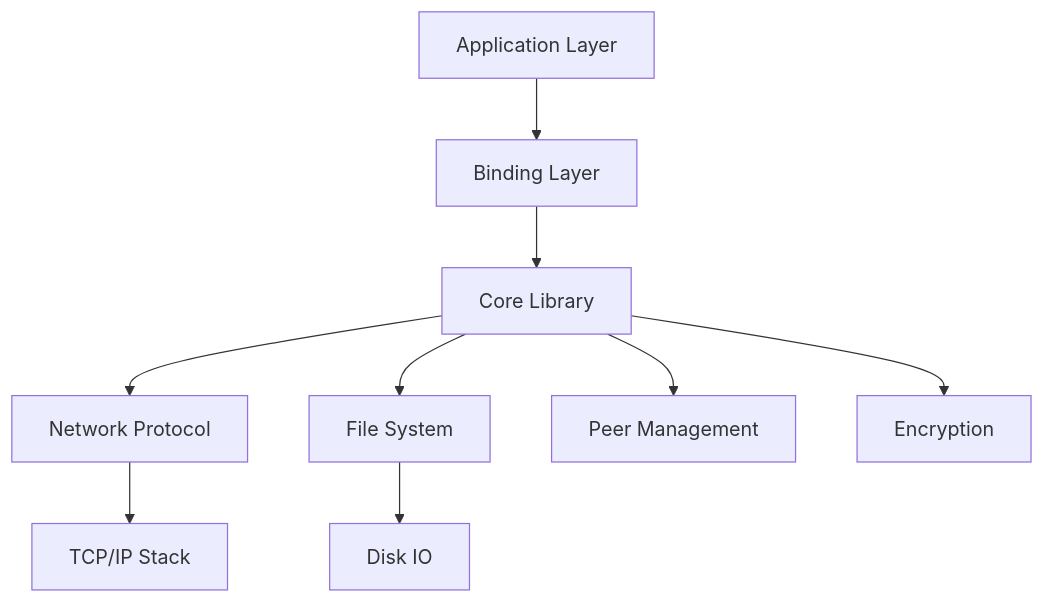
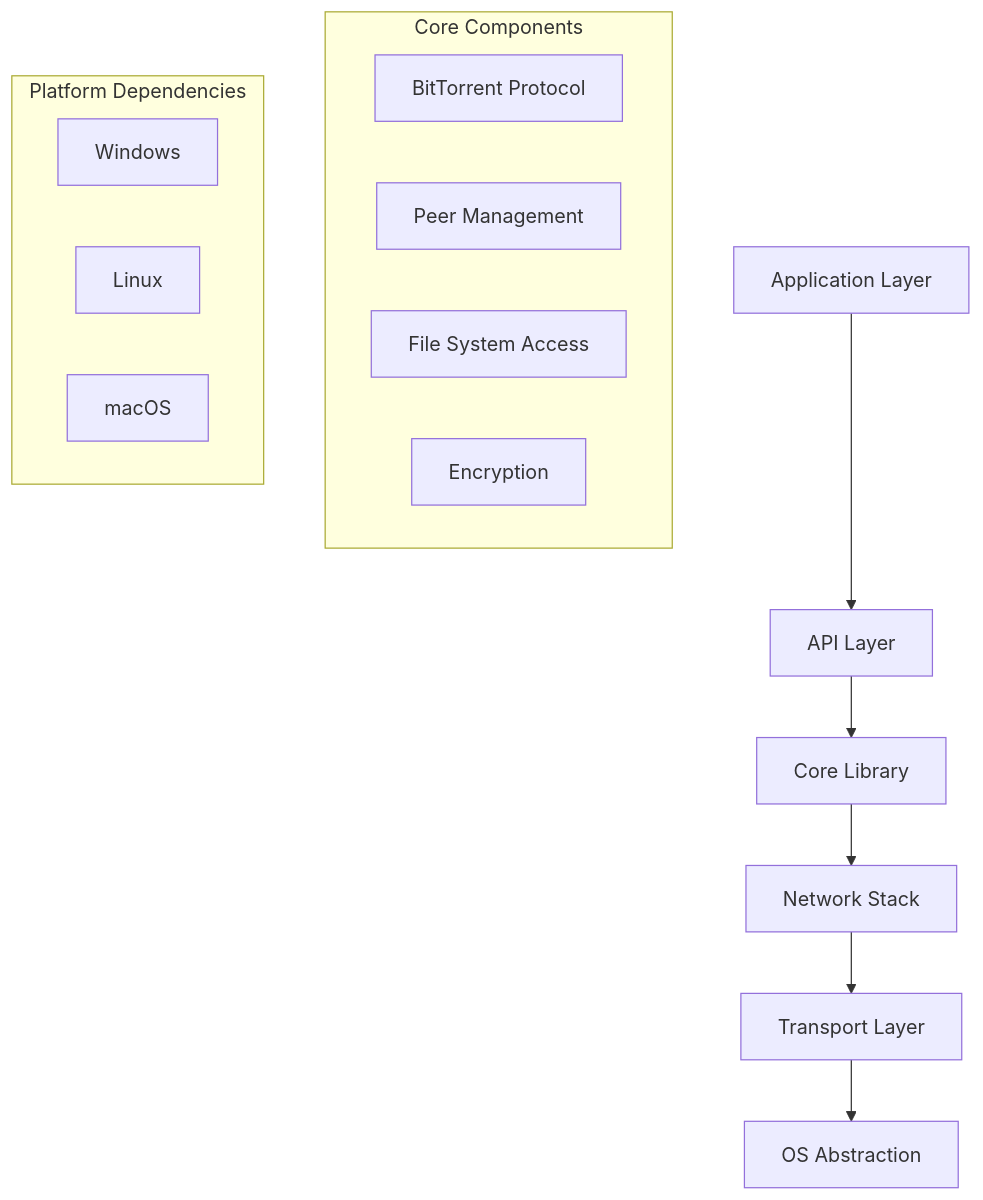
The first of 3 diagrams in docs/generated/01-architecture.md (procrash/mkdocs_on_steroids), drawn with Mermaid before and after one commit. The commit also changed other lines of this file and 205 other files, not shown here.

````diff
--- a/docs/generated/01-architecture.md
+++ b/docs/generated/01-architecture.md
@@ -11,11 +7,21 @@
 ```mermaid
 graph TD
-    A[Application Layer] --> B[Binding Layer]
+    A[Application Layer] --> B[API Layer]
     B --> C[Core Library]
-    C --> D[Network Protocol]
-    C --> E[File System]
-    C --> F[Peer Management]
-    C --> G[Encryption]
-    D --> H[TCP/IP Stack]
-    E --> I[Disk IO]
+    C --> D[Network Stack]
+    D --> E[Transport Layer]
+    E --> F[OS Abstraction]
+    
+    subgraph Core Components
+        C1[BitTorrent Protocol]
+        C2[Peer Management]
+        C3[File System Access]
+        C4[Encryption]
+    end
+    
+    subgraph Platform Dependencies
+        F1[Windows]
+        F2[Linux]
+        F3[macOS]
+    end
 ```
````
